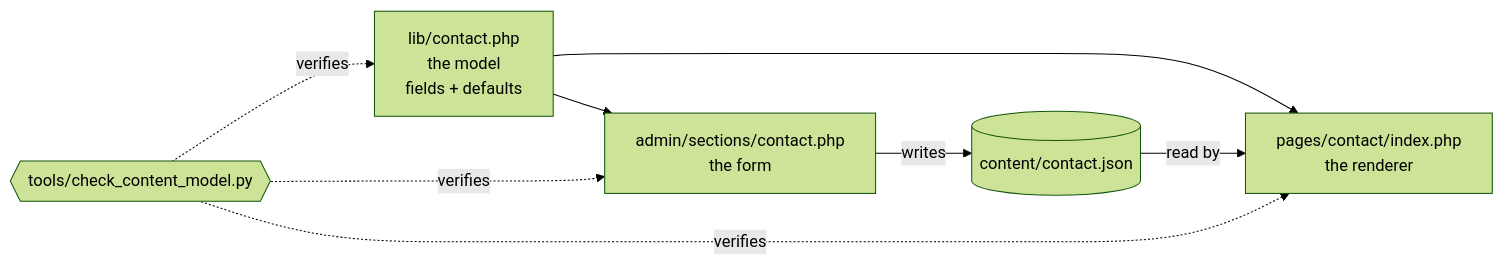
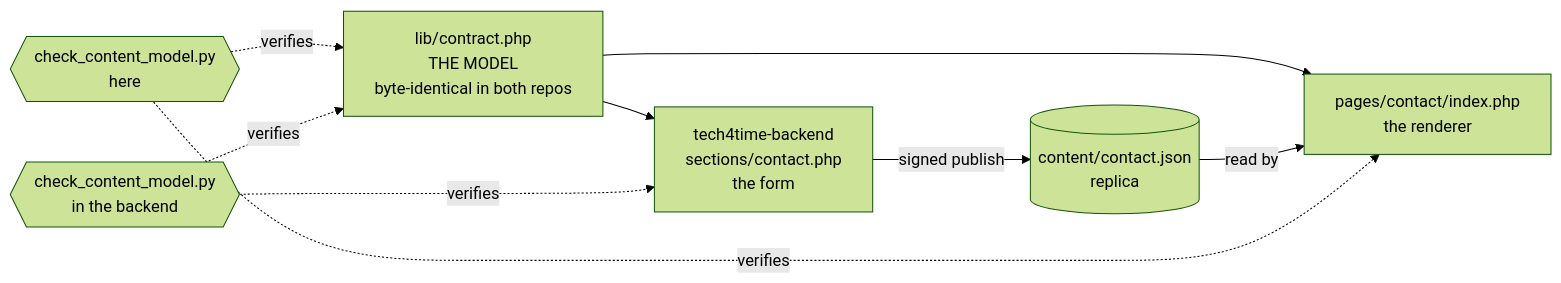
One commit to M-s-Tech4TIME/tech4time-backend changed the fourth of 4 diagrams in docs/00-orientation/architecture.md. Above: the diagram before and after it, drawn with Mermaid (forest theme). The commit also changed other lines of this file and 444 other files, not shown here.

````diff
--- a/docs/00-orientation/architecture.md
+++ b/docs/00-orientation/architecture.md
@@ -147,10 +226,12 @@
 ```mermaid
 flowchart LR
-    M["lib/contact.php<br/>the model<br/>fields + defaults"] --> F["admin/sections/contact.php<br/>the form"]
+    M["lib/contract.php<br/>THE MODEL<br/>byte-identical in both repos"]
+    M --> F["tech4time-backend<br/>sections/contact.php<br/>the form"]
     M --> R["pages/contact/index.php<br/>the renderer"]
-    F -->|writes| J[("content/contact.json")]
+    F -->|"signed publish"| J[("content/contact.json<br/>replica")]
     J -->|read by| R
-    C{{"tools/check_content_model.py"}} -.verifies.-> M
-    C -.verifies.-> F
+    C{{"check_content_model.py<br/>here"}} -.verifies.-> M
     C -.verifies.-> R
+    C2{{"check_content_model.py<br/>in the backend"}} -.verifies.-> M
+    C2 -.verifies.-> F
 ```
````
